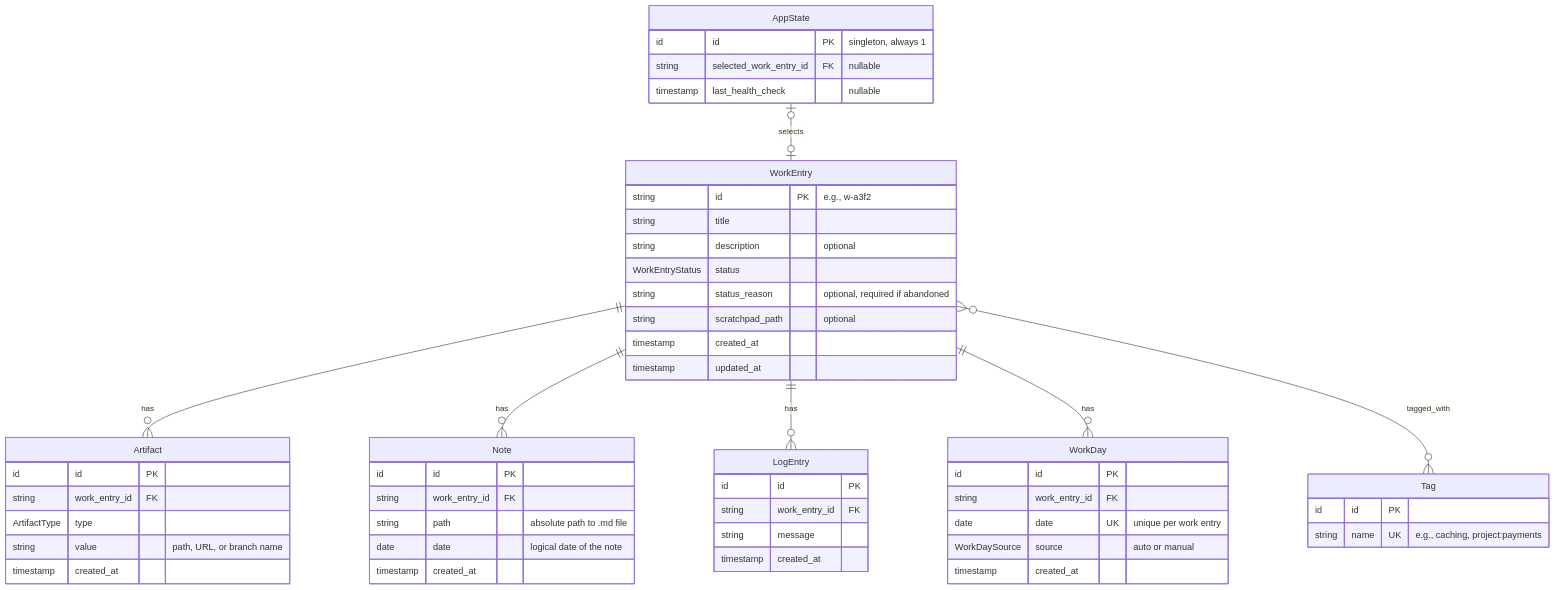
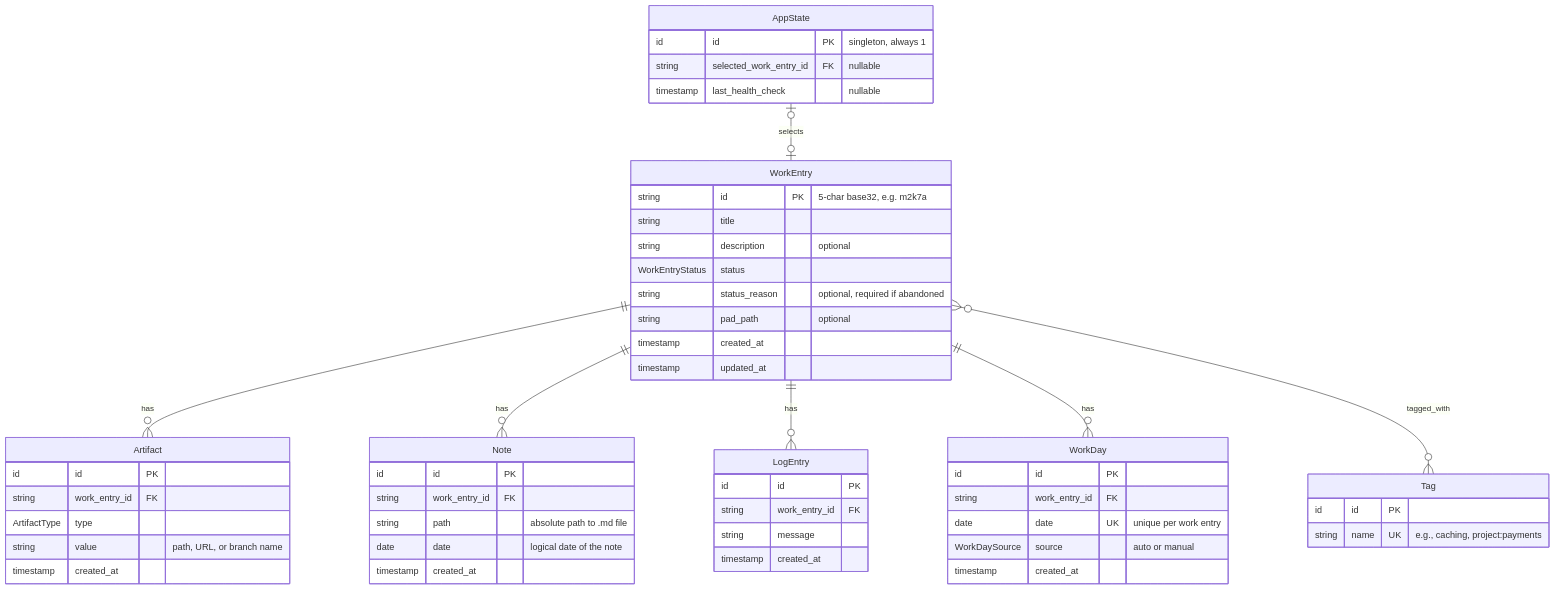
Before and after one commit to lydietoure/orbit: the first of 2 diagrams in docs/DATA_MODEL.md, drawn with Mermaid. The commit also changed other lines of this file and 53 other files, not shown here.

````diff
--- a/docs/DATA_MODEL.md
+++ b/docs/DATA_MODEL.md
@@ -44,62 +44,62 @@
 ```mermaid
 erDiagram
     WorkEntry ||--o{ Artifact : has
     WorkEntry ||--o{ Note : has
     WorkEntry ||--o{ LogEntry : has
     WorkEntry ||--o{ WorkDay : has
     WorkEntry }o--o{ Tag : tagged_with
     AppState |o--o| WorkEntry : selects
 
     WorkEntry {
-        string id PK "e.g., w-a3f2"
+        string id PK "5-char base32, e.g. m2k7a"
         string title
         string description "optional"
         WorkEntryStatus status
         string status_reason "optional, required if abandoned"
-        string scratchpad_path "optional"
+        string pad_path "optional"
         timestamp created_at
         timestamp updated_at
     }
 
     Tag {
         id id PK
         string name UK "e.g., caching, project:payments"
     }
 
     Artifact {
         id id PK
         string work_entry_id FK
         ArtifactType type
         string value "path, URL, or branch name"
         timestamp created_at
     }
 
     Note {
         id id PK
         string work_entry_id FK
         string path "absolute path to .md file"
         date date "logical date of the note"
         timestamp created_at
     }
 
     LogEntry {
         id id PK
         string work_entry_id FK
         string message
         timestamp created_at
     }
 
     WorkDay {
         id id PK
         string work_entry_id FK
         date date UK "unique per work entry"
         WorkDaySource source "auto or manual"
         timestamp created_at
     }
 
     AppState {
         id id PK "singleton, always 1"
         string selected_work_entry_id FK "nullable"
         timestamp last_health_check "nullable"
     }
 ```
````
